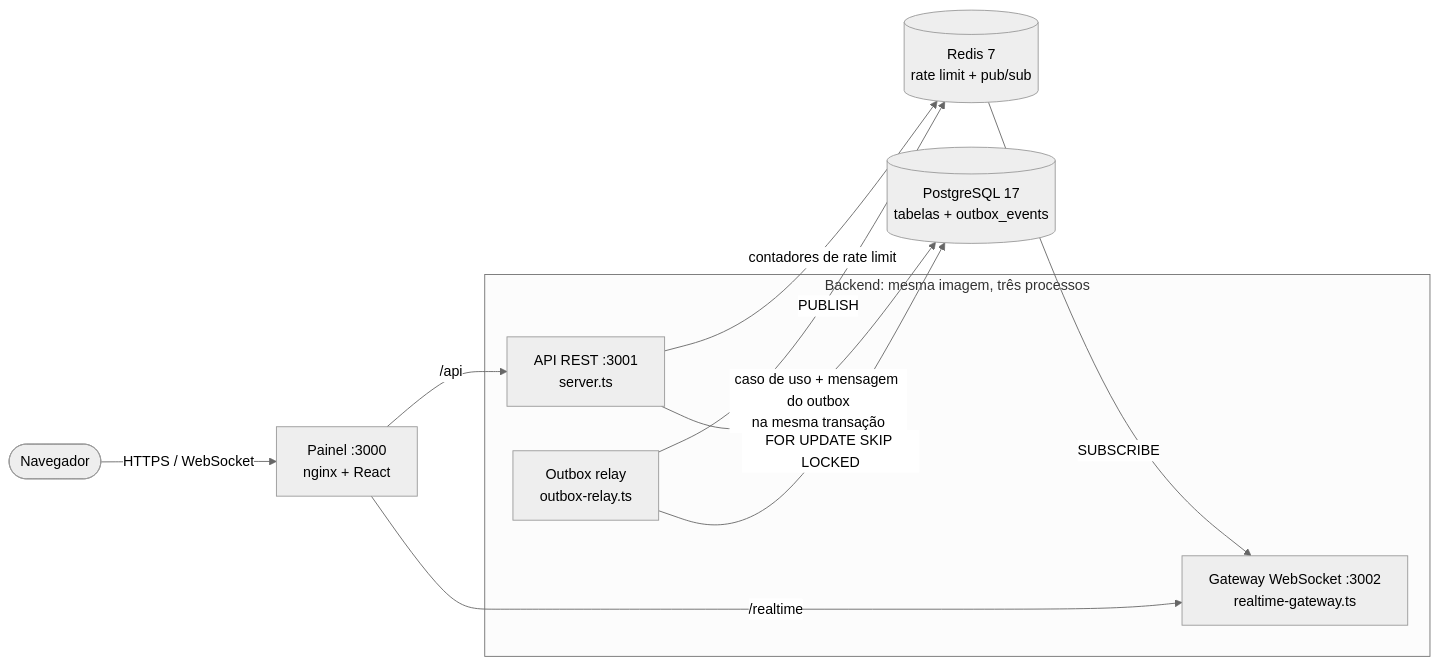
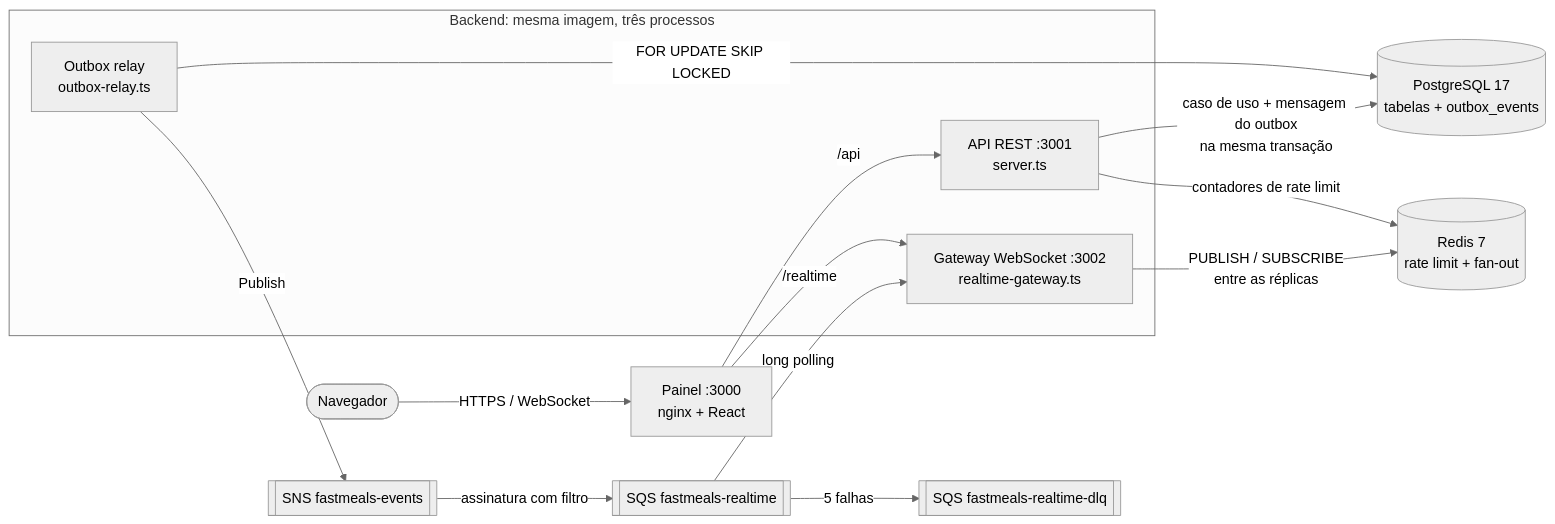
One commit to gftf2011/eyecarehealth-take-home-typescript-react changed the first of 4 diagrams in DECISIONS.md. Above: the diagram before and after it, drawn with Mermaid (neutral theme). The commit also changed other lines of this file, not shown here.

Commit message:
docs: record the SNS/SQS messaging and dead-letter decisions

````diff
--- a/DECISIONS.md
+++ b/DECISIONS.md
@@ -23,23 +23,29 @@
 ```mermaid
 flowchart LR
     navegador([Navegador])
     painel[Painel :3000<br/>nginx + React]
 
     subgraph processos[Backend: mesma imagem, três processos]
         api[API REST :3001<br/>server.ts]
         relay[Outbox relay<br/>outbox-relay.ts]
         gw[Gateway WebSocket :3002<br/>realtime-gateway.ts]
     end
 
     pg[(PostgreSQL 17<br/>tabelas + outbox_events)]
-    redis[(Redis 7<br/>rate limit + pub/sub)]
+    redis[(Redis 7<br/>rate limit + fan-out)]
+    sns[[SNS fastmeals-events]]
+    sqs[[SQS fastmeals-realtime]]
+    dlq[[SQS fastmeals-realtime-dlq]]
 
     navegador -- HTTPS / WebSocket --> painel
     painel -- /api --> api
     api -- caso de uso + mensagem do outbox<br/>na mesma transação --> pg
     api -- contadores de rate limit --> redis
     relay -- FOR UPDATE SKIP LOCKED --> pg
-    relay -- PUBLISH --> redis
-    redis -- SUBSCRIBE --> gw
+    relay -- Publish --> sns
+    sns -- assinatura com filtro --> sqs
+    sqs -- 5 falhas --> dlq
+    sqs -- long polling --> gw
+    gw -- PUBLISH / SUBSCRIBE<br/>entre as réplicas --> redis
     painel -- /realtime --> gw
 ```
````
